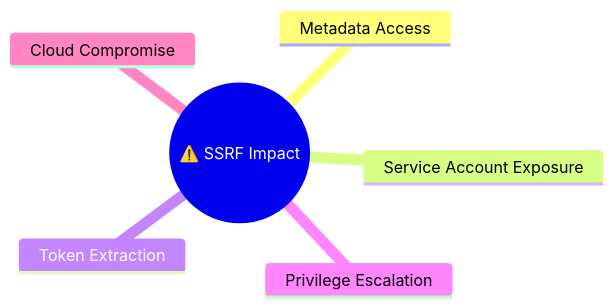
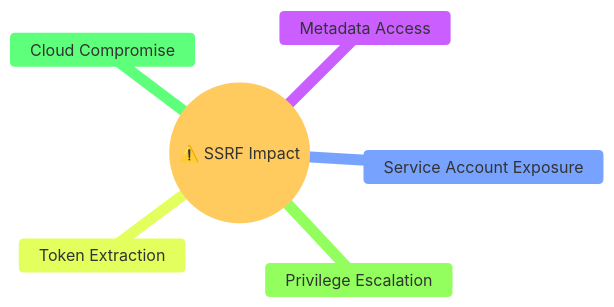
Before and after one commit to ashrithpeechara/infinity_learning: diagram 11 of 13 in Cloud_Security/Compute Engine Intrusion/solution.md, drawn with Mermaid. The commit also changed other lines of this file, not shown here.

````diff
--- a/Cloud_Security/Compute Engine Intrusion/solution.md
+++ b/Cloud_Security/Compute Engine Intrusion/solution.md
@@ -276,9 +362,16 @@
 ```mermaid
+%%{init: {
+  "theme": "base",
+  "themeVariables": {
+    "background": "#ffffff"
+  }
+}}%%
+
 mindmap
   root((⚠️ SSRF Impact))
     Metadata Access
     Service Account Exposure
     Token Extraction
     Privilege Escalation
     Cloud Compromise
 ```
````
